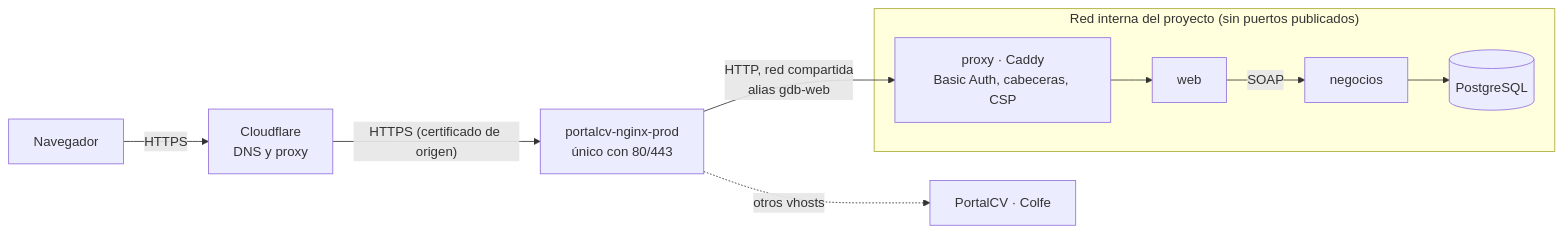
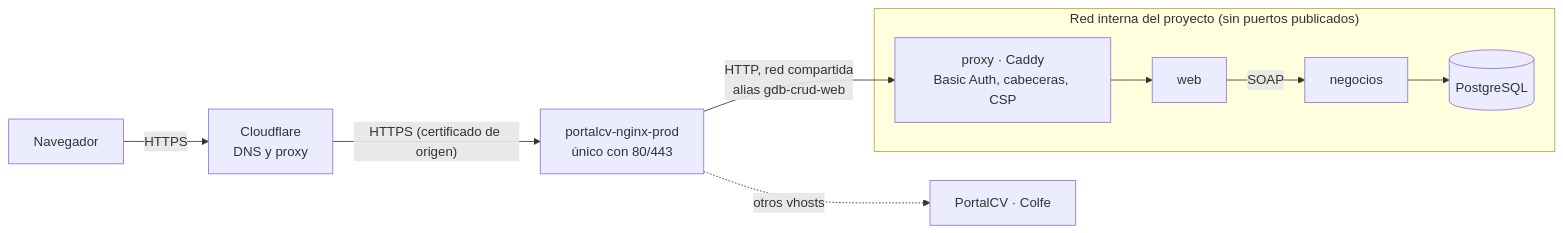
The seventh of 7 diagrams in docs/arquitectura.md (maomauro/GrupoDigitalBank-CRUD), drawn with Mermaid before and after one commit. The commit also changed other lines of this file and 3 other files, not shown here.

First line of the commit message:
docs: usa gdb-crud como nombre único en el VPS

````diff
--- a/docs/arquitectura.md
+++ b/docs/arquitectura.md
@@ -209,12 +209,12 @@
 ```mermaid
 flowchart LR
     nav["Navegador"] -->|HTTPS| cf["Cloudflare<br/>DNS y proxy"]
     cf -->|"HTTPS (certificado de origen)"| ng["portalcv-nginx-prod<br/>único con 80/443"]
-    ng -->|"HTTP, red compartida<br/>alias gdb-web"| px["proxy · Caddy<br/>Basic Auth, cabeceras, CSP"]
+    ng -->|"HTTP, red compartida<br/>alias gdb-crud-web"| px["proxy · Caddy<br/>Basic Auth, cabeceras, CSP"]
     subgraph gdb["Red interna del proyecto (sin puertos publicados)"]
         px --> web["web"]
         web -->|SOAP| neg["negocios"]
         neg --> db[("PostgreSQL")]
     end
     ng -.->|"otros vhosts"| otros["PortalCV · Colfe"]
 ```
````
